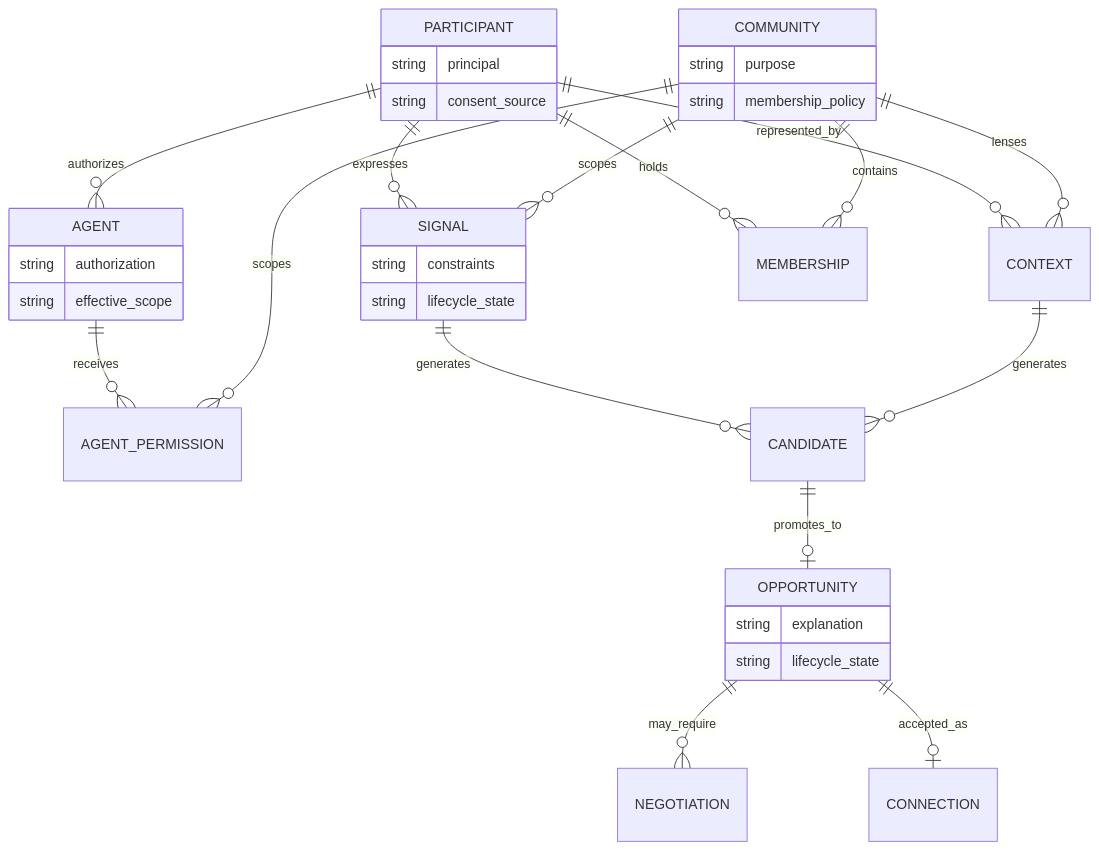
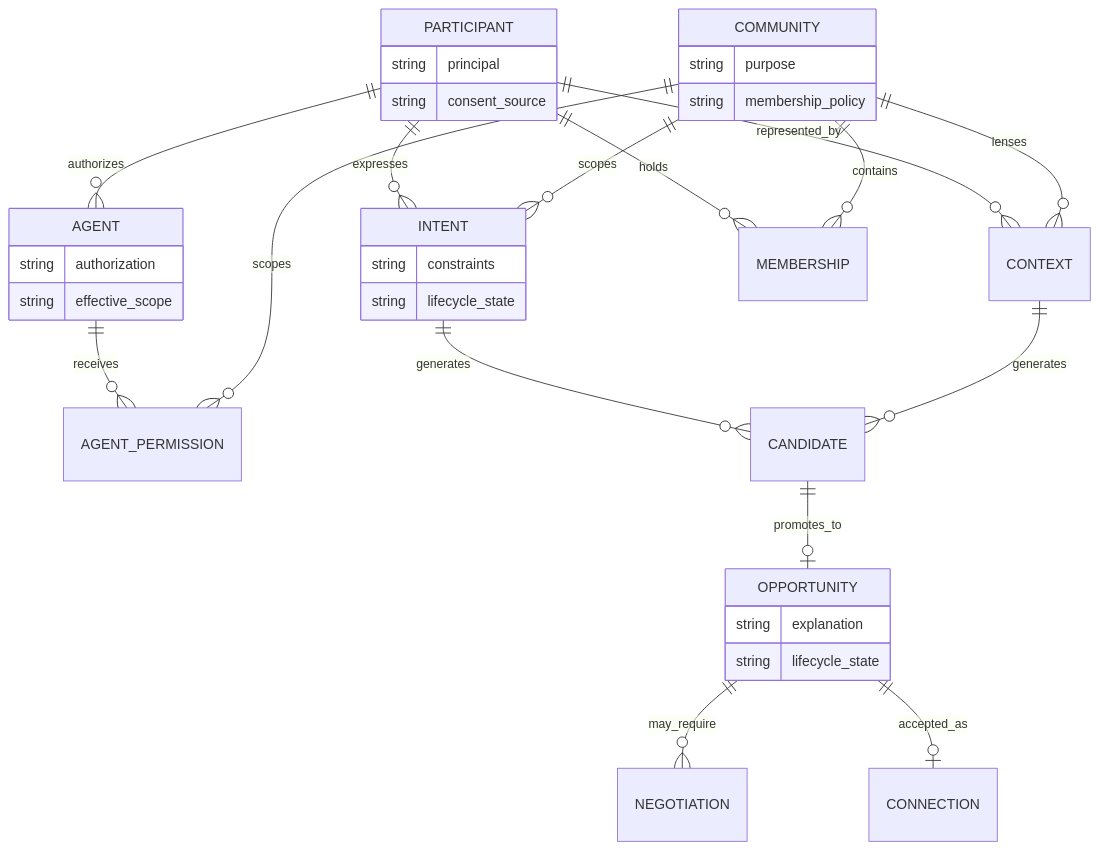
Before and after one commit to indexnetwork/index: the second of 6 diagrams in packages/protocol/README.md, drawn with Mermaid. The commit also changed other lines of this file and 199 other files, not shown here.

Commit message:
Rename signal to intent everywhere, with a migration for stored onboarding and opportunity interpretation data.

````diff
--- a/packages/protocol/README.md
+++ b/packages/protocol/README.md
@@ -88,38 +88,38 @@
 ```mermaid
 erDiagram
     PARTICIPANT ||--o{ AGENT : authorizes
-    PARTICIPANT ||--o{ SIGNAL : expresses
+    PARTICIPANT ||--o{ INTENT : expresses
     PARTICIPANT ||--o{ CONTEXT : represented_by
     PARTICIPANT ||--o{ MEMBERSHIP : holds
     AGENT ||--o{ AGENT_PERMISSION : receives
     COMMUNITY ||--o{ MEMBERSHIP : contains
     COMMUNITY ||--o{ AGENT_PERMISSION : scopes
-    COMMUNITY ||--o{ SIGNAL : scopes
+    COMMUNITY ||--o{ INTENT : scopes
     COMMUNITY ||--o{ CONTEXT : lenses
-    SIGNAL ||--o{ CANDIDATE : generates
+    INTENT ||--o{ CANDIDATE : generates
     CONTEXT ||--o{ CANDIDATE : generates
     CANDIDATE ||--o| OPPORTUNITY : promotes_to
     OPPORTUNITY ||--o{ NEGOTIATION : may_require
     OPPORTUNITY ||--o| CONNECTION : accepted_as
 
     PARTICIPANT {
       string principal
       string consent_source
     }
     AGENT {
       string authorization
       string effective_scope
     }
     COMMUNITY {
       string purpose
       string membership_policy
     }
-    SIGNAL {
+    INTENT {
       string constraints
       string lifecycle_state
     }
     OPPORTUNITY {
       string explanation
       string lifecycle_state
     }
 ```
````
